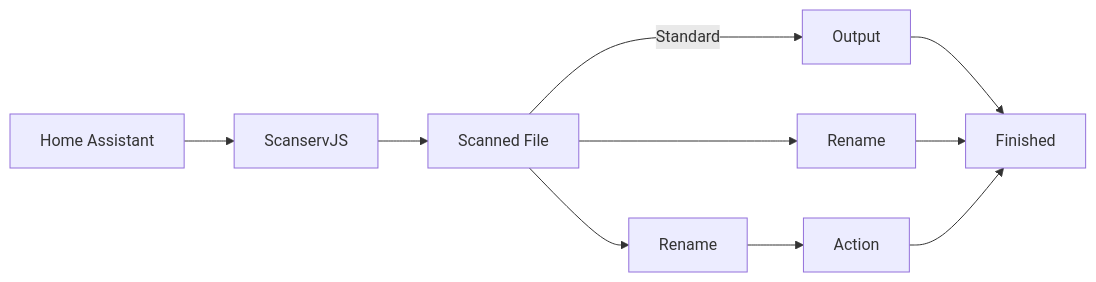
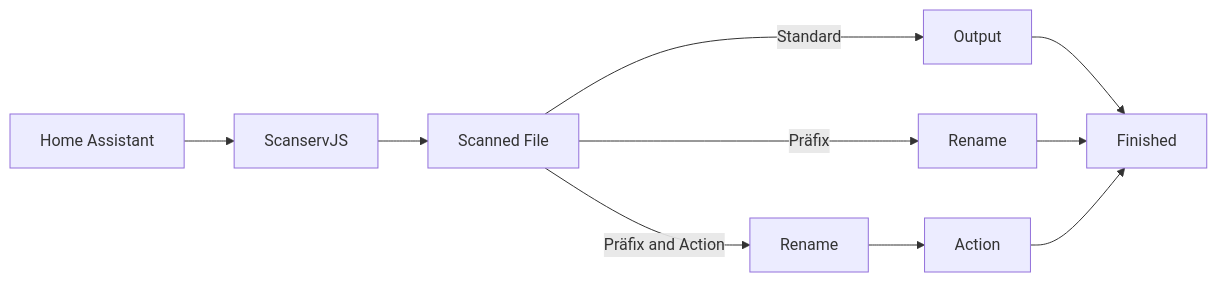
Before and after one commit to marioir2001/scanservjs_ha: the diagram in README.md, drawn with Mermaid.

````diff
--- a/README.md
+++ b/README.md
@@ -118,8 +118,8 @@
 ```mermaid
 flowchart LR
     A[Home Assistant] --> B[ScanservJS]
     B --> C[Scanned File]
     C --> |Standard|D[Output] --> H
-    C --> E[Rename] --> H
-    C --> F[Rename] --> G[Action] --> H[Finished]
+    C --> |Präfix| E[Rename] --> H
+    C --> |Präfix and Action|F[Rename] --> G[Action] --> H[Finished]
 ```
````
